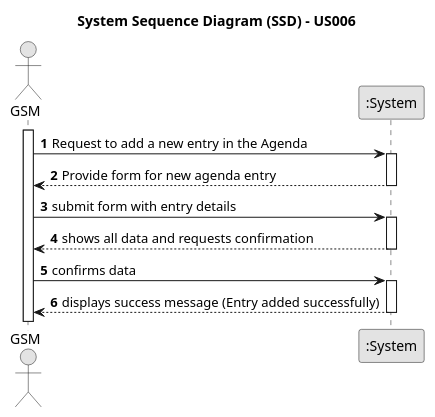
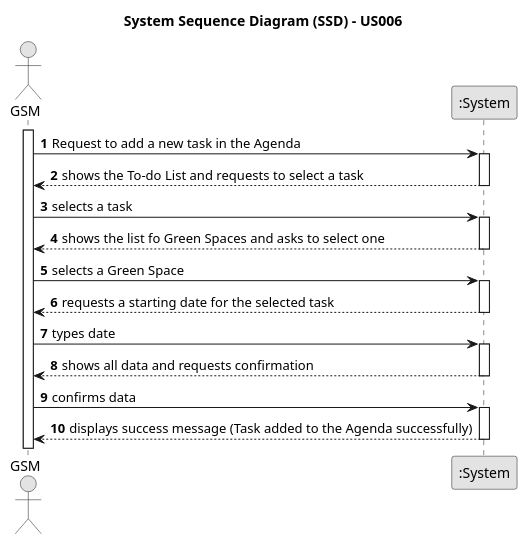
Before and after one commit to ricardomm7/leaflink: the diagram in docs/sprintC/us022/01.requirements-engineering/puml/us022-system-sequence-diagram-alternative-one.puml, drawn with PlantUML. The commit also changed 4 other files, not shown here.

```diff
--- a/docs/sprintC/us022/01.requirements-engineering/puml/us022-system-sequence-diagram-alternative-one.puml
+++ b/docs/sprintC/us022/01.requirements-engineering/puml/us022-system-sequence-diagram-alternative-one.puml
@@ -1,34 +1,48 @@
 @startuml
 skinparam monochrome true
 skinparam packageStyle rectangle
 skinparam shadowing false
 
 title System Sequence Diagram (SSD) - US006
 
 autonumber
 
 actor "GSM" as GSM
 participant ":System" as System
 
 activate GSM
 
-    GSM -> System : Request to add a new entry in the Agenda
+    GSM -> System : Request to add a new task in the Agenda
     activate System
 
-        System --> GSM : Provide form for new agenda entry
+        System --> GSM : shows the To-do List and requests to select a task
     deactivate System
 
-    GSM -> System : submit form with entry details
+    GSM -> System : selects a task
+
+    activate System
+
+        System --> GSM : shows the list fo Green Spaces and asks to select one
+    deactivate System
+
+    GSM -> System : selects a Green Space
+
+    activate System
+
+        System --> GSM : requests a starting date for the selected task
+    deactivate System
+
+    GSM -> System : types date
 
     activate System
 
         System --> GSM : shows all data and requests confirmation
     deactivate System
 
     GSM -> System : confirms data
     activate System
 
-        System --> GSM :  displays success message (Entry added successfully)
+        System --> GSM : displays success message (Task added to the Agenda successfully)
     deactivate System
 
 @enduml
```
